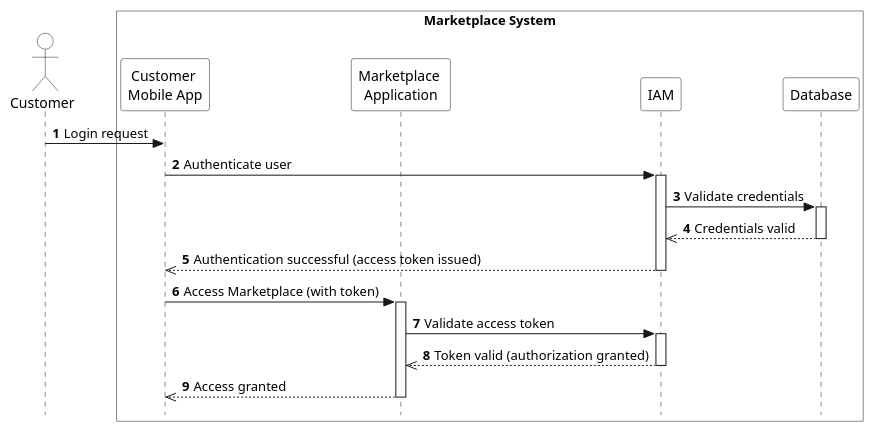
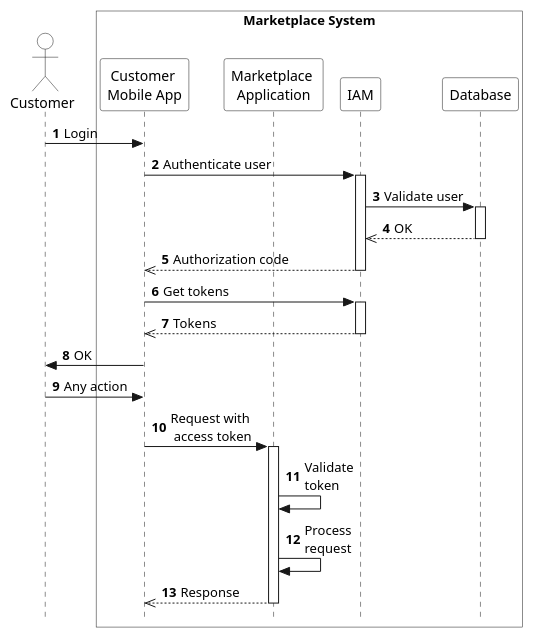
One commit to eddie-energy/architecture changed the diagram in arc42/marketplace/runtime-view/figures/marketplace-authenticate-user.puml. Above: the diagram before and after it, drawn with PlantUML. The commit also changed 2 other files, not shown here.

Commit message:
Update the marketplace authentication

```diff
--- a/arc42/marketplace/runtime-view/figures/marketplace-authenticate-user.puml
+++ b/arc42/marketplace/runtime-view/figures/marketplace-authenticate-user.puml
@@ -1,39 +1,53 @@
 @startuml marketplace-authenticate-user
 
 skinparam style strictuml
 skinparam sequence {
   ParticipantBackgroundColor transparent
   ActorBackgroundColor transparent
 }
 
 autonumber
 !pragma teoz true
 
 actor "Customer" as customer
 box "Marketplace System" #transparent
-  participant "Customer \nMobile App" as app
-  participant "Marketplace \nApplication" as marketplace
-  participant "IAM" as iam
-  participant "Database" as database
+participant "Customer \nMobile App" as app
+participant "Marketplace \nApplication" as marketplace
+participant "IAM" as iam
+participant "Database" as database
 end box
 
-customer -> app : Login request
+' get authorization code
+customer -> app : Login
 app -> iam : Authenticate user
 activate iam
-iam -> database : Validate credentials
+iam -> database : Validate user
 activate database
-database -->> iam : Credentials valid
+database -->> iam : OK
 deactivate database
-iam -->> app : Authentication successful (access token issued)
+iam -->> app : Authorization code
 deactivate iam
 
-app -> marketplace : Access Marketplace (with token)
+' get access tokens:
+' - Access Token (JWT): Used to access backend resources.
+' - ID Token (JWT): Contains user profile information.
+' - Refresh Token (optional): Used to obtain new access tokens when they expire.
+app -> iam : Get tokens
+activate iam
+iam -->> app : Tokens
+deactivate iam
+app -> customer : OK
+
+' marketplace validates tokens
+customer -> app : Any action
+app -> marketplace : Request with\n access token
 activate marketplace
-marketplace -> iam : Validate access token
-activate iam
-iam -->> marketplace : Token valid (authorization granted)
-deactivate iam
-marketplace -->> app : Access granted
+
+' The marketplace has a public key from IAM (acquired occasionally) that is used to validate tokens.
+
+marketplace -> marketplace : Validate\ntoken
+marketplace -> marketplace : Process\nrequest
+marketplace -->> app : Response
 deactivate marketplace
 
 @enduml
```
